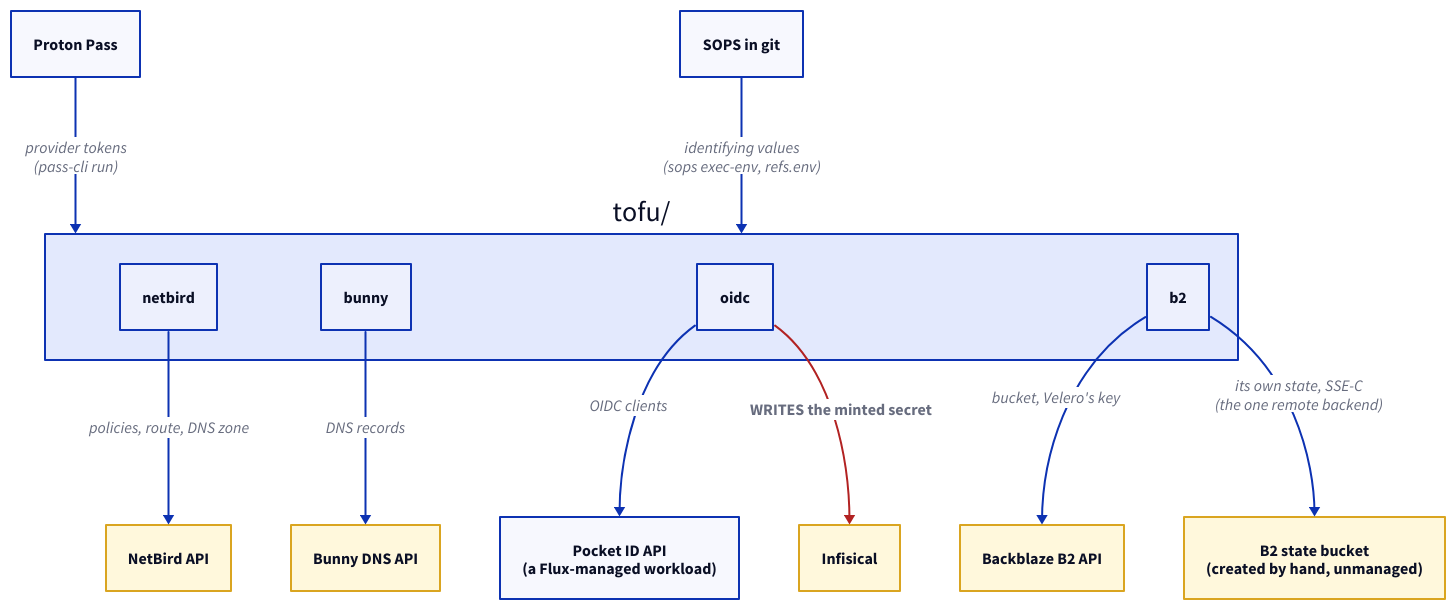
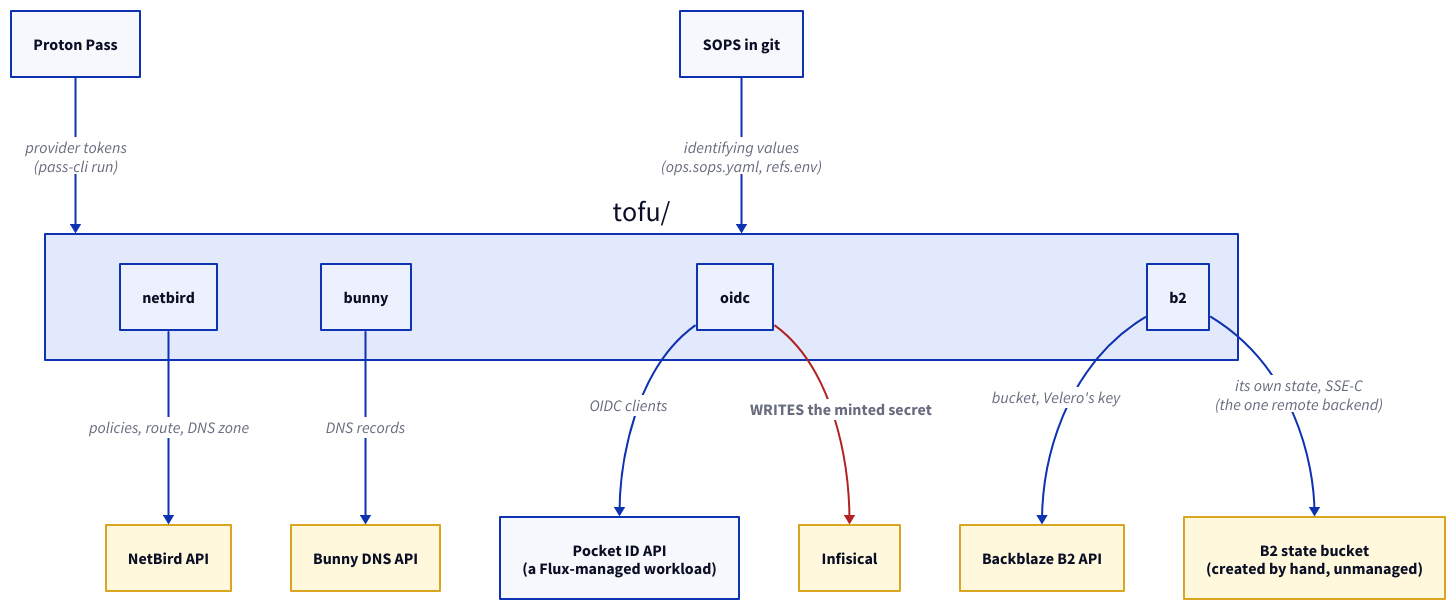
One commit to brewcoua/futhark changed the diagram in docs/src/tofu/index.md. Above: the diagram before and after it, drawn with D2. The commit also changed other lines of this file and 89 other files, not shown here.

````diff
--- a/docs/src/tofu/index.md
+++ b/docs/src/tofu/index.md
@@ -128,46 +131,46 @@
 ```d2
 direction: down
 
 classes: {
   external: {
     style: {
       stroke: goldenrod
       fill: cornsilk
     }
   }
   danger: {
     style: {
       bold: true
       stroke: firebrick
     }
   }
 }
 
 pass: Proton Pass
 sops: SOPS in git
 infisical: Infisical { class: external }
 
 modules: "tofu/" {
   bunny
   oidc
   netbird
   b2
 }
 
 pass -> modules: provider tokens\n(pass-cli run)
-sops -> modules: identifying values\n(sops exec-env, refs.env)
+sops -> modules: identifying values\n(ops.sops.yaml, refs.env)
 
 modules.bunny -> bunny-api: DNS records
 modules.netbird -> nb-api: policies, route, DNS zone
 modules.oidc -> pocketid: OIDC clients
 modules.b2 -> b2-api: bucket, Velero's key
 modules.b2 -> b2-state: "its own state, SSE-C\n(the one remote backend)"
 
 bunny-api: Bunny DNS API { class: external }
 nb-api: NetBird API { class: external }
 pocketid: "Pocket ID API\n(a Flux-managed workload)"
 b2-api: Backblaze B2 API { class: external }
 b2-state: "B2 state bucket\n(created by hand, unmanaged)" { class: external }
 
 modules.oidc -> infisical: WRITES the minted secret { class: danger }
 ```
````
